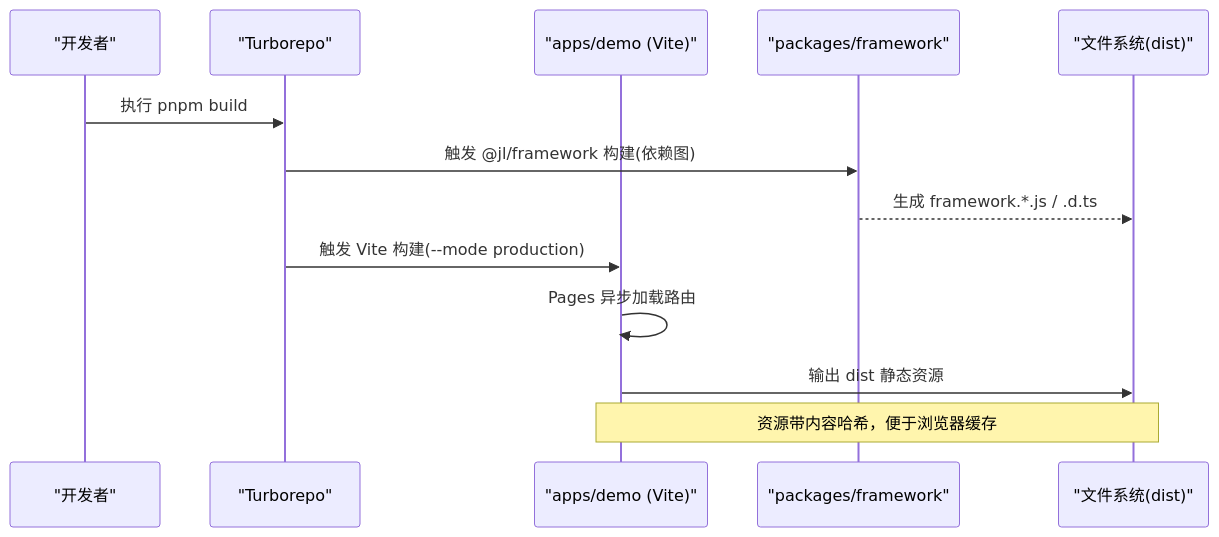
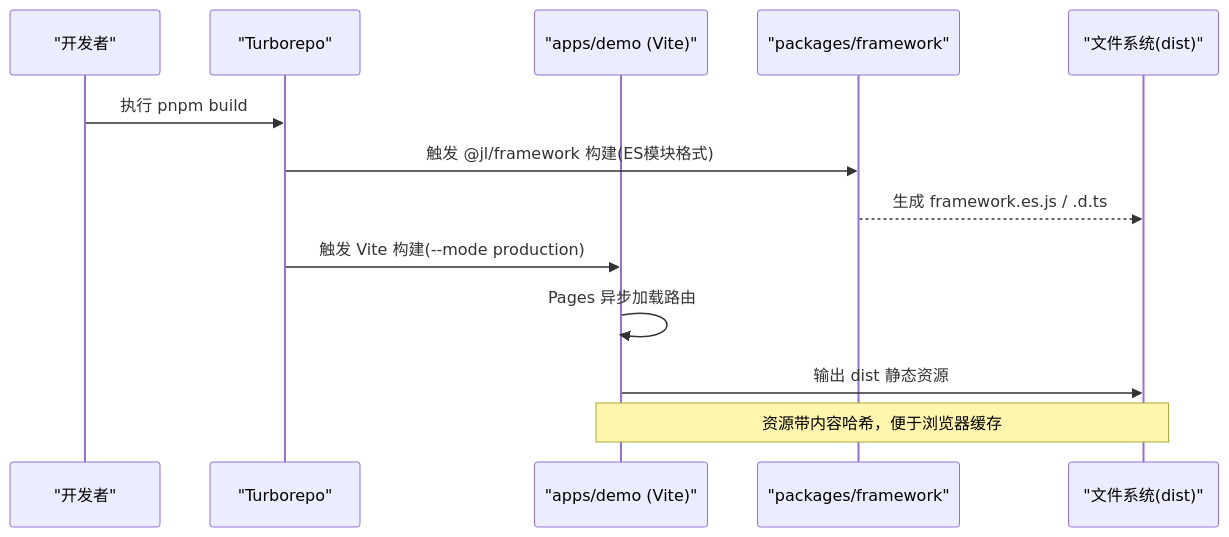
The second of 3 diagrams in .qoder/repowiki/zh/content/部署运维.md (liqiongke/FrontArk), drawn with Mermaid before and after one commit. The commit also changed other lines of this file and 17 other files, not shown here.

````diff
--- a/.qoder/repowiki/zh/content/部署运维.md
+++ b/.qoder/repowiki/zh/content/部署运维.md
@@ -88,15 +94,15 @@
 ```mermaid
 sequenceDiagram
 participant Dev as "开发者"
 participant Turbo as "Turborepo"
 participant App as "apps/demo (Vite)"
 participant Lib as "packages/framework"
 participant FS as "文件系统(dist)"
 Dev->>Turbo : 执行 pnpm build
-Turbo->>Lib : 触发 @jl/framework 构建(依赖图)
-Lib-->>FS : 生成 framework.*.js / .d.ts
+Turbo->>Lib : 触发 @jl/framework 构建(ES模块格式)
+Lib-->>FS : 生成 framework.es.js / .d.ts
 Turbo->>App : 触发 Vite 构建(--mode production)
 App->>App : Pages 异步加载路由
 App->>FS : 输出 dist 静态资源
 Note over App,FS : 资源带内容哈希，便于浏览器缓存
 ```
````
